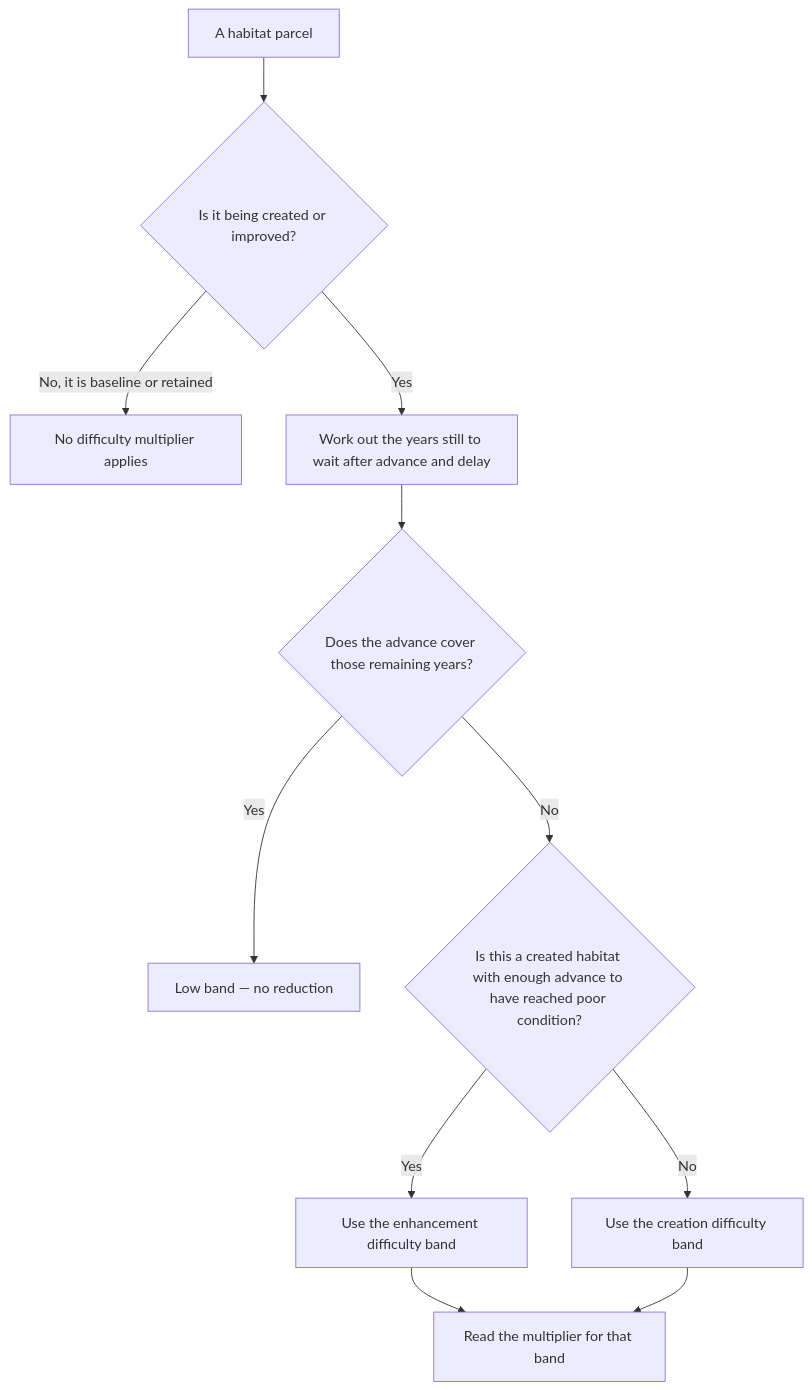
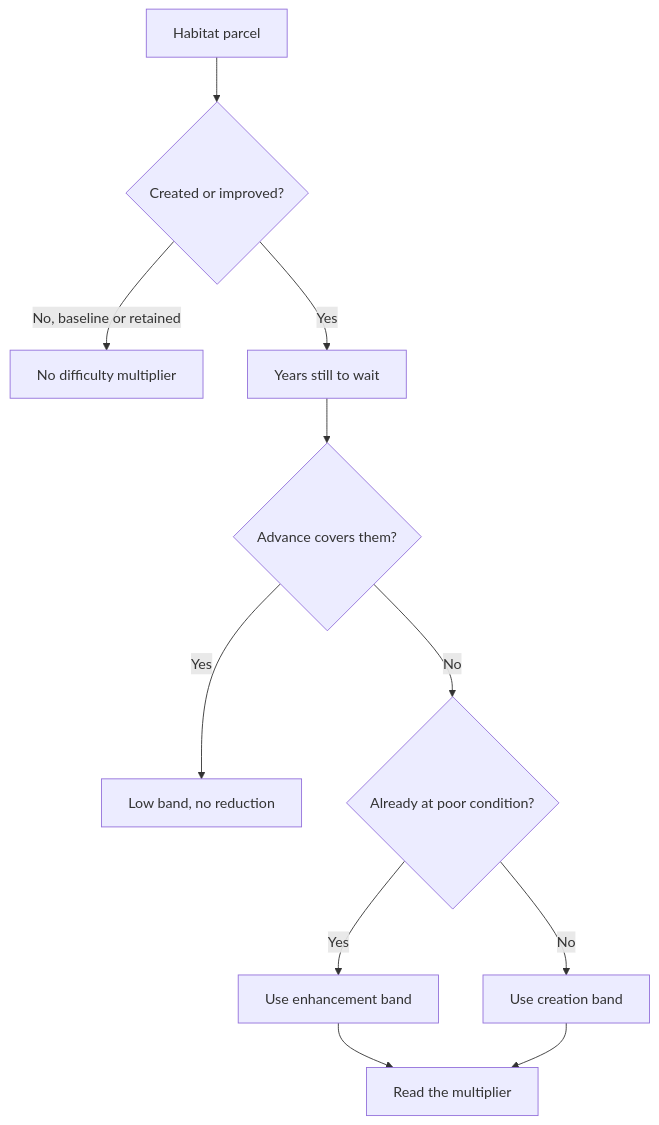
The second of 2 diagrams in docs/rules-engine-explained.md (DEFRA/bng-metric-harness), drawn with Mermaid before and after one commit. The commit also changed other lines of this file and 2 other files, not shown here.

Commit message:
Make the printed diagrams smaller by fixing the real constraint
The height caps were the wrong lever. These flowcharts are constrained by
width, not height — one node label ran to 79 characters — so max-height
never fired and lowering it twice achieved little.

Cause was self-inflicted: the <br/> tags were stripped from the labels so
the mermaid source would read cleanly in Confluence, where it renders as a
code block. That turned every label into a single long line and made the
diagrams far wider than they needed to be.

Fixed at the source by shortening the labels — longest is now 29 characters,
down from 79 — which makes the diagrams narrower and, incidentally, easier
to follow. "Already at poor condition?" says what "Is this a created habitat
with enough advance to have reached poor condition?" said; the prose beside
it carries the detail. No <br/> reintroduced.

Print CSS now caps diagram width at 72% of the measure, which is what
actually shrinks a wide diagram; the height cap stays as a backstop for
unusually tall ones.

output-spec.md records the 30-character label limit and why, so a
regeneration does not quietly restore the long ones.

````diff
--- a/docs/rules-engine-explained.md
+++ b/docs/rules-engine-explained.md
@@ -202,13 +202,13 @@
 ```mermaid
 flowchart TD
-    A[A habitat parcel] --> B{Is it being created or improved?}
-    B -->|No, it is baseline or retained| C[No difficulty multiplier applies]
-    B -->|Yes| D[Work out the years still to wait after advance and delay]
-    D --> E{Does the advance cover those remaining years?}
-    E -->|Yes| F[Low band — no reduction]
-    E -->|No| G{Is this a created habitat with enough advance to have reached poor condition?}
-    G -->|Yes| H[Use the enhancement difficulty band]
-    G -->|No| I[Use the creation difficulty band]
-    H --> J[Read the multiplier for that band]
+    A[Habitat parcel] --> B{Created or improved?}
+    B -->|No, baseline or retained| C[No difficulty multiplier]
+    B -->|Yes| D[Years still to wait]
+    D --> E{Advance covers them?}
+    E -->|Yes| F[Low band, no reduction]
+    E -->|No| G{Already at poor condition?}
+    G -->|Yes| H[Use enhancement band]
+    G -->|No| I[Use creation band]
+    H --> J[Read the multiplier]
     I --> J
 ```
````
